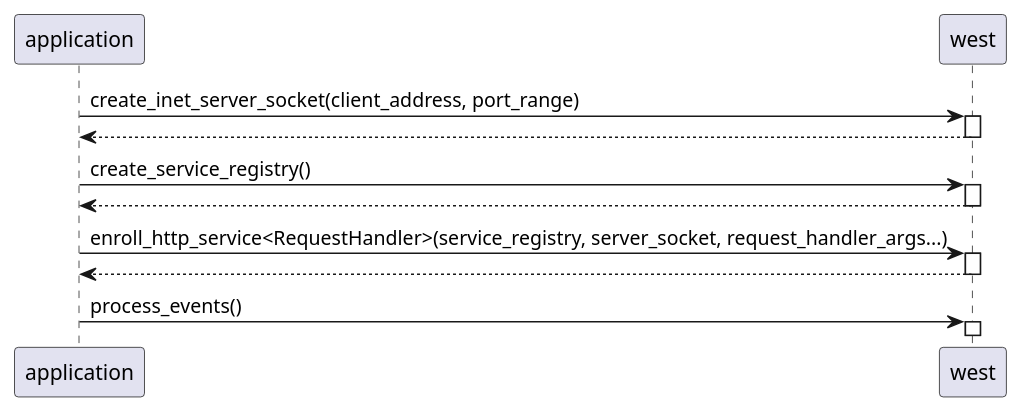
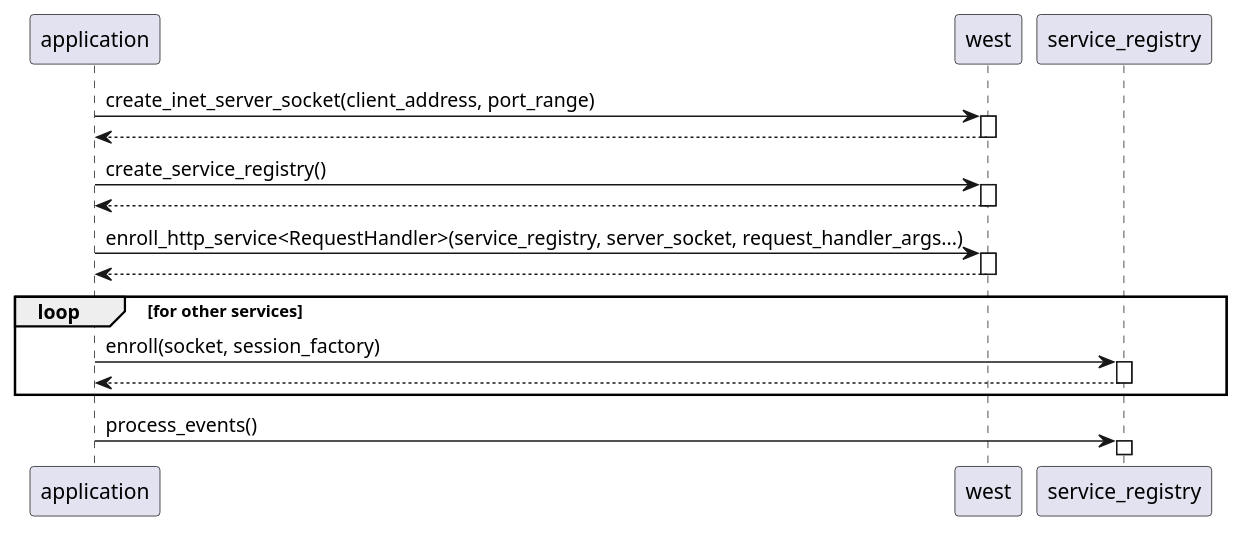
The diagram in doc/setup.puml (milasudril/west), drawn with PlantUML before and after one commit. The commit also changed 1 other file, not shown here.

Commit message:
Document client connected sequence

```diff
--- a/doc/setup.puml
+++ b/doc/setup.puml
@@ -1,10 +1,14 @@
 @startuml
 autoactivate on
 application -> west:create_inet_server_socket(client_address, port_range)
 return
 application -> west:create_service_registry()
 return
 application -> west:enroll_http_service<RequestHandler>(service_registry, server_socket, request_handler_args...)
 return
-application -> west:process_events()
+loop for other services
+	application -> service_registry:enroll(socket, session_factory)
+	return
+end
+application -> service_registry:process_events()
 @enduml
```
